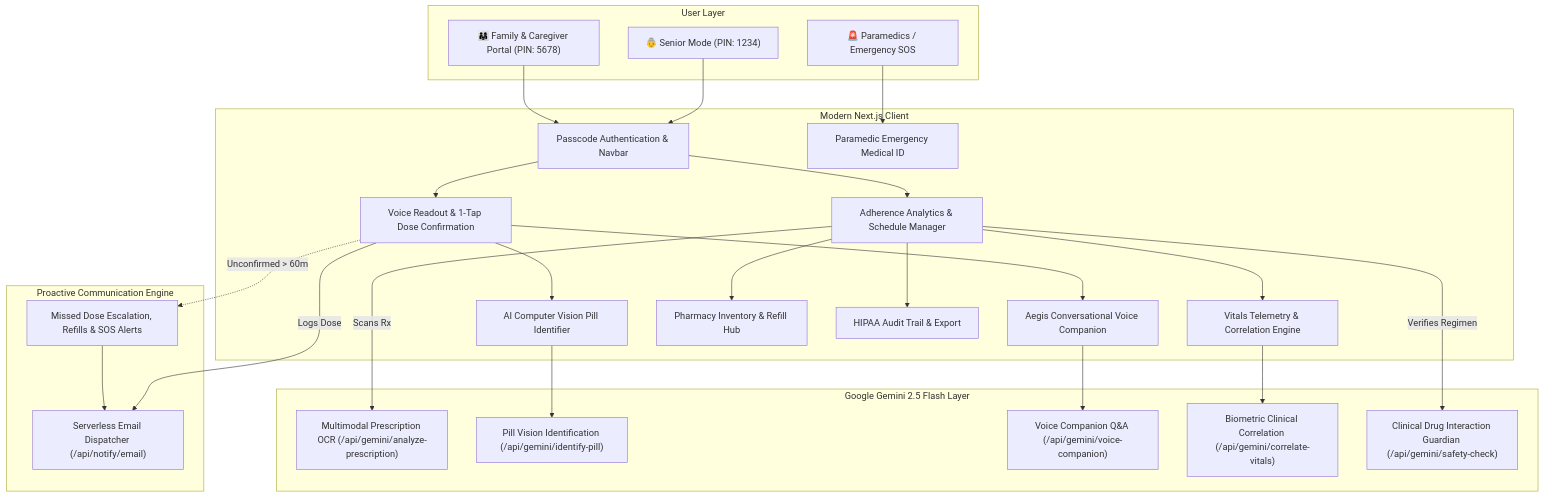
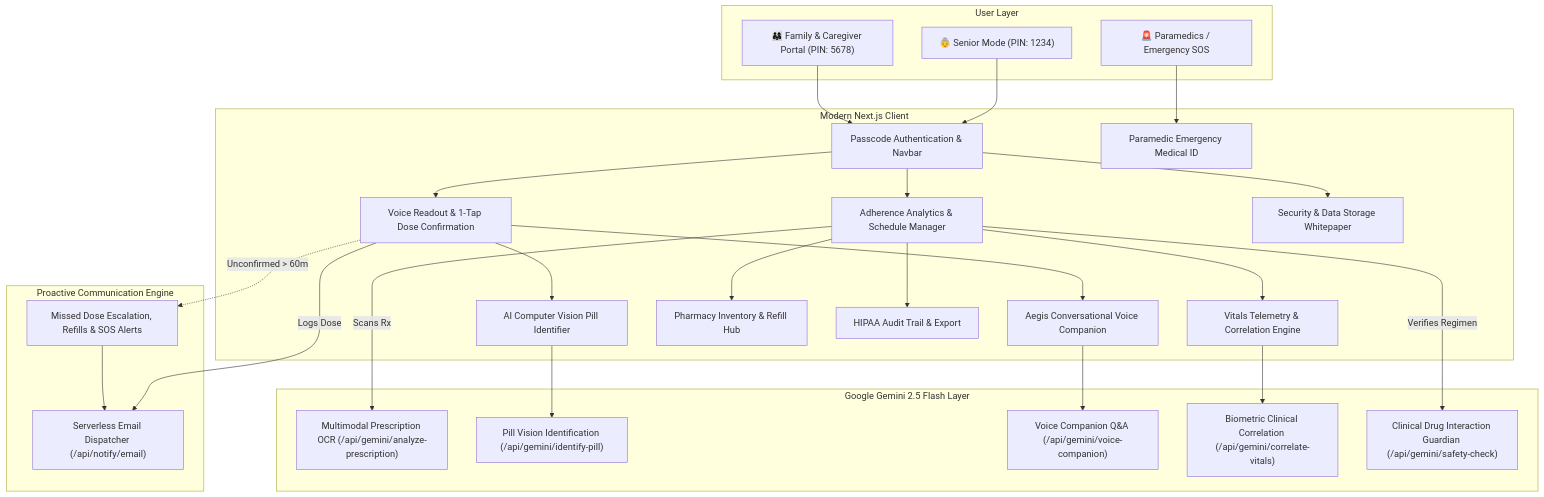
The diagram in README.md (Yathish66/aegis-care-elderly-platform), drawn with Mermaid before and after one commit. The commit also changed other lines of this file and 9 other files, not shown here.

Commit message:
feat(security): implement production HTTP headers, brute-force rate limiter, real FDA NDC data, and automated test suite

````diff
--- a/README.md
+++ b/README.md
@@ -50,52 +117,54 @@
 ```mermaid
 flowchart TD
     subgraph Users["User Layer"]
         Senior["👵 Senior Mode (PIN: 1234)"]
         Family["👨‍👩‍👧 Family & Caregiver Portal (PIN: 5678)"]
         Emergency["🚨 Paramedics / Emergency SOS"]
     end
 
     subgraph Frontend["Modern Next.js Client"]
         Nav["Passcode Authentication & Navbar"]
         SeniorUI["Voice Readout & 1-Tap Dose Confirmation"]
         VoiceComp["Aegis Conversational Voice Companion"]
         PillID["AI Computer Vision Pill Identifier"]
         FamilyUI["Adherence Analytics & Schedule Manager"]
         VitalsTrack["Vitals Telemetry & Correlation Engine"]
         PharmRefill["Pharmacy Inventory & Refill Hub"]
         AuditTrail["HIPAA Audit Trail & Export"]
         MedicalID["Paramedic Emergency Medical ID"]
+        SecModal["Security & Data Storage Whitepaper"]
     end
 
     subgraph Intelligence["Google Gemini 2.5 Flash Layer"]
         GeminiVision["Multimodal Prescription OCR (/api/gemini/analyze-prescription)"]
         GeminiPill["Pill Vision Identification (/api/gemini/identify-pill)"]
         GeminiVoice["Voice Companion Q&A (/api/gemini/voice-companion)"]
         GeminiVitals["Biometric Clinical Correlation (/api/gemini/correlate-vitals)"]
         GeminiSafety["Clinical Drug Interaction Guardian (/api/gemini/safety-check)"]
     end
 
     subgraph Notification["Proactive Communication Engine"]
         EmailGateway["Serverless Email Dispatcher (/api/notify/email)"]
         Alerts["Missed Dose Escalation, Refills & SOS Alerts"]
     end
 
     Senior --> Nav
     Family --> Nav
     Emergency --> MedicalID
     Nav --> SeniorUI
     Nav --> FamilyUI
+    Nav --> SecModal
     SeniorUI --> VoiceComp
     SeniorUI --> PillID
     FamilyUI --> VitalsTrack
     FamilyUI --> PharmRefill
     FamilyUI --> AuditTrail
     SeniorUI -->|Logs Dose| EmailGateway
     VoiceComp --> GeminiVoice
     PillID --> GeminiPill
     VitalsTrack --> GeminiVitals
     FamilyUI -->|Scans Rx| GeminiVision
     FamilyUI -->|Verifies Regimen| GeminiSafety
     SeniorUI -.->|Unconfirmed > 60m| Alerts
     Alerts --> EmailGateway
 ```
````
